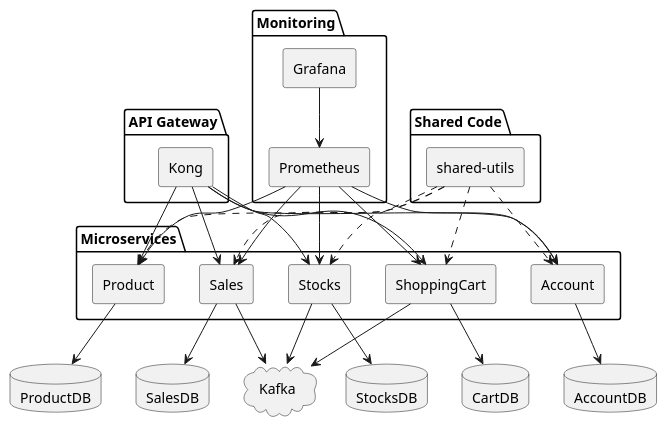
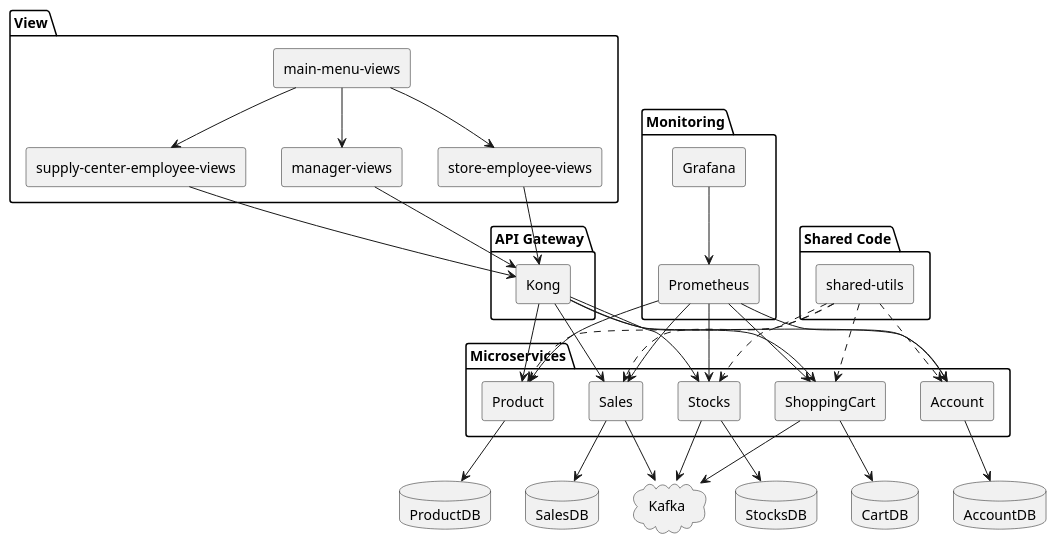
One commit to ThePhobosDeimosSuite/laboratoire-0_log430 changed the third of 20 diagrams in docs/rapport.md. Above: the diagram before and after it, drawn with PlantUML. The commit also changed other lines of this file and 27 other files, not shown here.

```diff
--- a/docs/rapport.md
+++ b/docs/rapport.md
@@ -282,6 +278,13 @@
 
 package "API Gateway" {
   [Kong]
+}
+
+package "View" {
+    component "manager-views" as managerView
+    component "store-employee-views" as storeEmployeeView
+    component "supply-center-employee-views" as supplyCenterEmployeeView
+    component "main-menu-views" as mainMenuView
 }
 
 package "Monitoring" {
@@ -341,4 +344,12 @@
 
 Grafana --> Prometheus
 
+mainMenuView --> storeEmployeeView
+mainMenuView --> managerView
+mainMenuView --> supplyCenterEmployeeView
+
+storeEmployeeView --> Kong
+managerView --> Kong
+supplyCenterEmployeeView --> Kong
+
 @enduml
```
